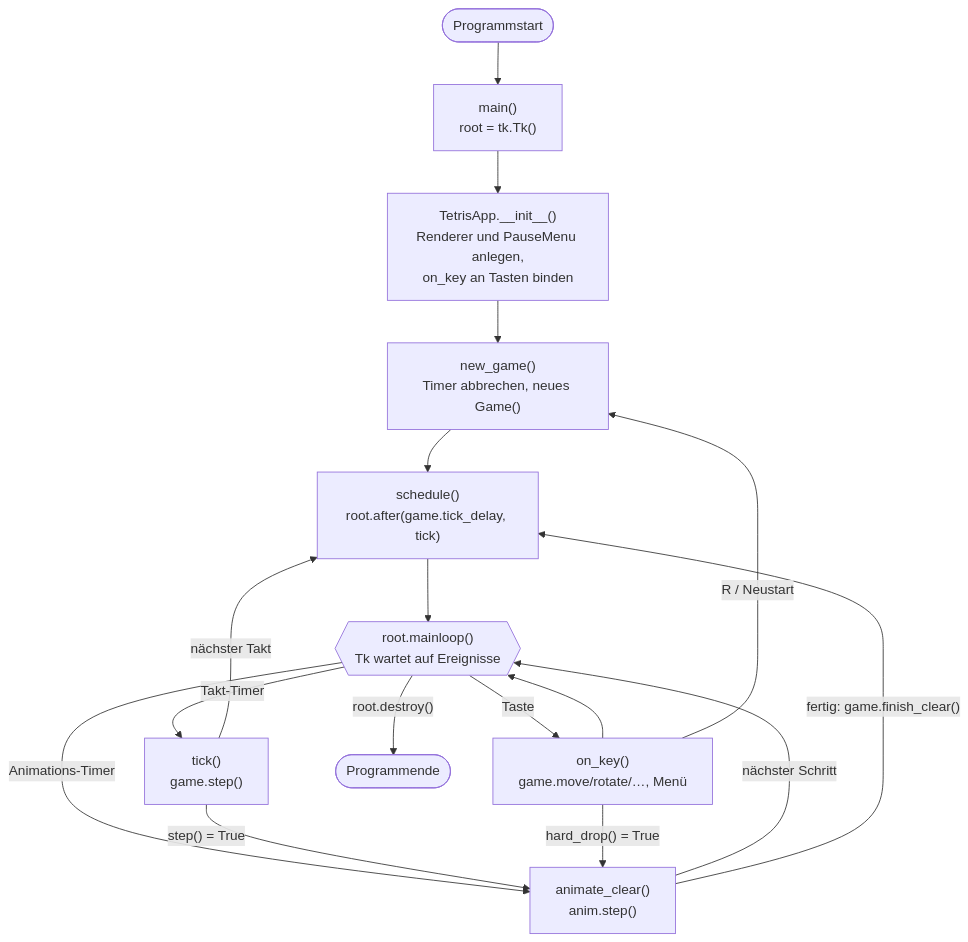
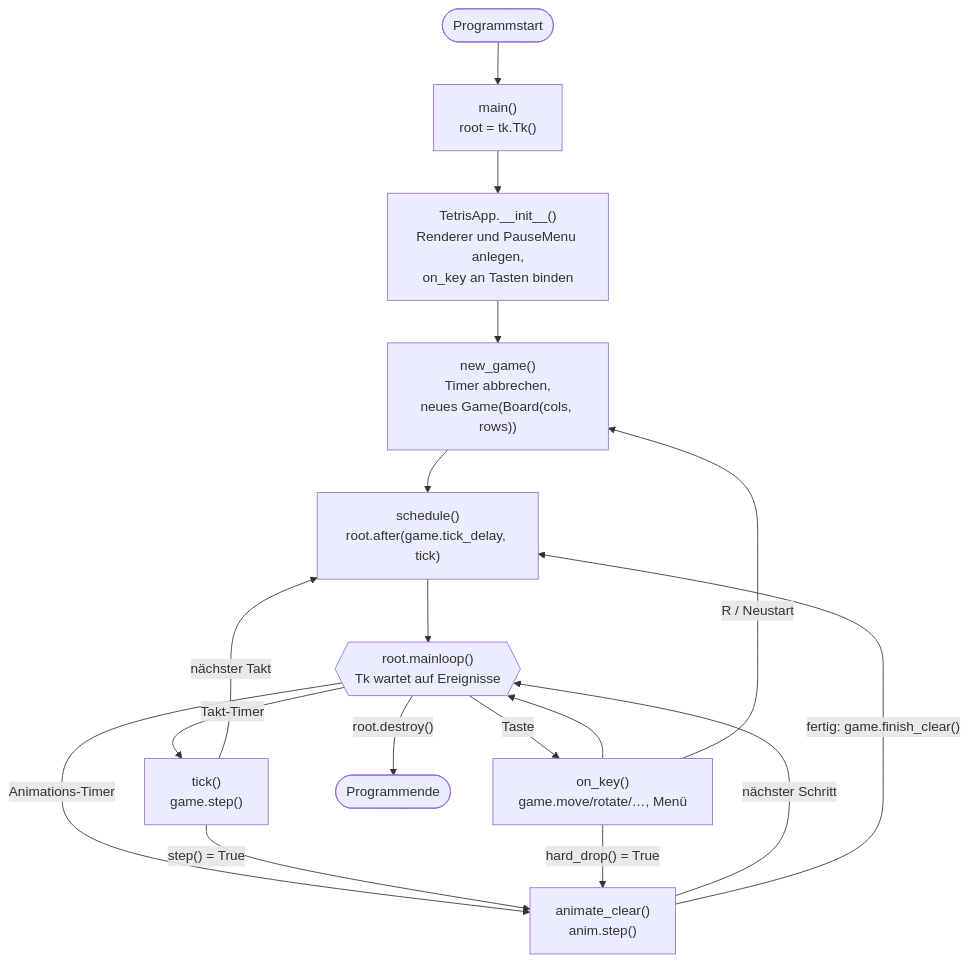
The first of 3 diagrams in docs/api/app.md (Krysek/Quickstart-mit-Claude), drawn with Mermaid before and after one commit. The commit also changed other lines of this file and 22 other files, not shown here.

````diff
--- a/docs/api/app.md
+++ b/docs/api/app.md
@@ -10,21 +10,21 @@
 ```mermaid
 flowchart TD
     start(["Programmstart"]) --> main["main()<br/>root = tk.Tk()"]
     main --> init["TetrisApp.__init__()<br/>Renderer und PauseMenu anlegen,<br/>on_key an Tasten binden"]
-    init --> ng["new_game()<br/>Timer abbrechen, neues Game()"]
+    init --> ng["new_game()<br/>Timer abbrechen,<br/>neues Game(Board(cols, rows))"]
     ng --> sched["schedule()<br/>root.after(game.tick_delay, tick)"]
     sched --> loop{{"root.mainloop()<br/>Tk wartet auf Ereignisse"}}
 
     loop -->|"Takt-Timer"| tick["tick()<br/>game.step()"]
     loop -->|"Taste"| key["on_key()<br/>game.move/rotate/…, Menü"]
     loop -->|"Animations-Timer"| anim["animate_clear()<br/>anim.step()"]
     loop -->|"root.destroy()"| stop(["Programmende"])
 
     tick -->|"nächster Takt"| sched
     tick -->|"step() = True"| anim
     key -->|"hard_drop() = True"| anim
     anim -->|"nächster Schritt"| loop
     anim -->|"fertig: game.finish_clear()"| sched
     key --> loop
     key -->|"R / Neustart"| ng
 ```
````
